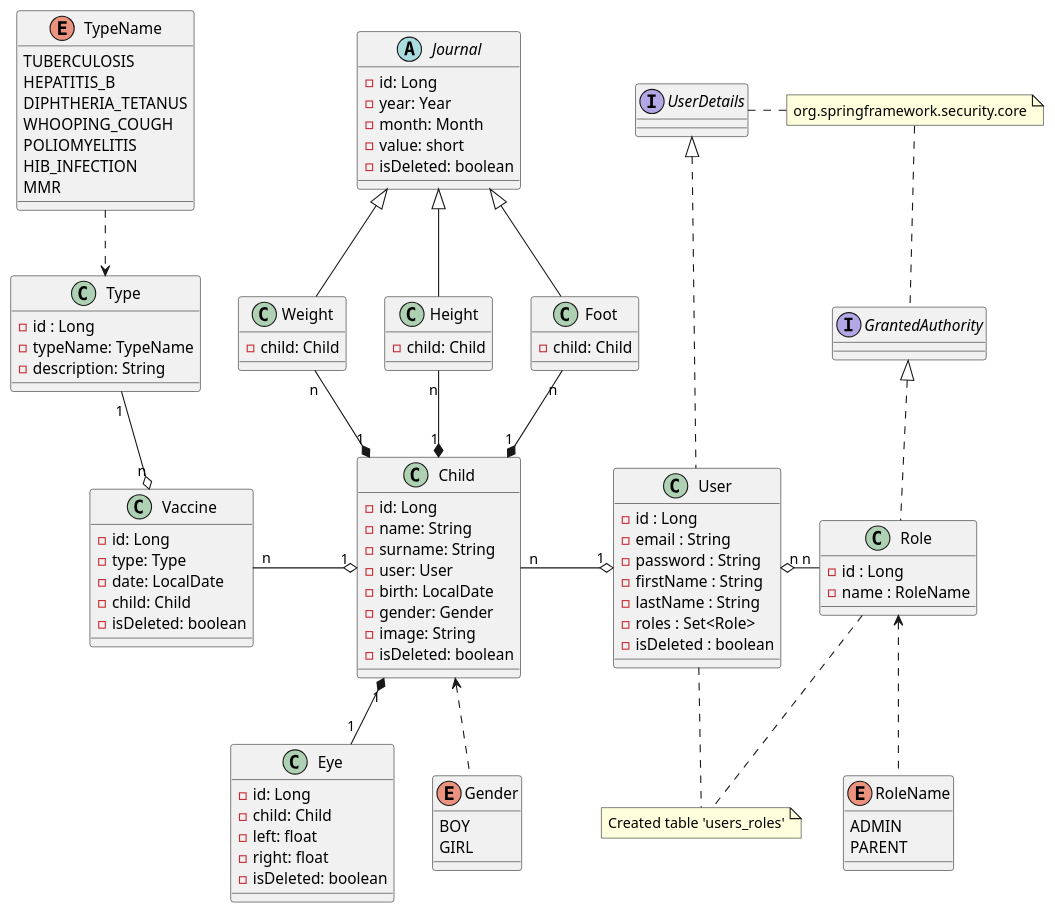
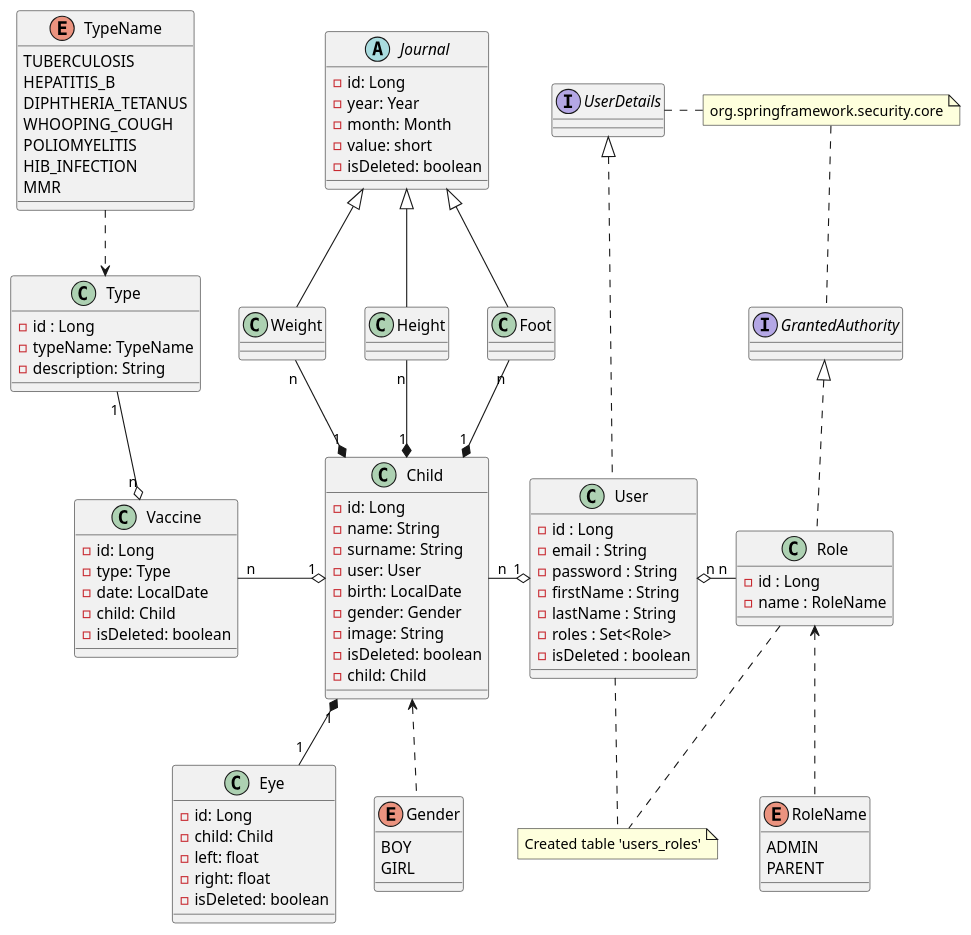
Before and after one commit to fe-july-91/ChildVaccinationDiary: the diagram in modelUML.puml, drawn with PlantUML. The commit also changed 26 other files, not shown here.

```diff
--- a/modelUML.puml
+++ b/modelUML.puml
@@ -1,121 +1,119 @@
 @startuml
 'https://plantuml.com/class-diagram
 
 interface UserDetails
 interface GrantedAuthority
 
 class User {
 - id : Long
 - email : String
 - password : String
 - firstName : String
 - lastName : String
 - roles : Set<Role>
 - isDeleted : boolean
 }
 
 class Role {
 - id : Long
 - name : RoleName
 }
 
 enum RoleName {
 ADMIN
 PARENT
 }
 
 class Child {
 - id: Long
 - name: String
 - surname: String
 - user: User
 - birth: LocalDate
 - gender: Gender
 - image: String
 - isDeleted: boolean
+- child: Child
 }
 
 class Eye {
 - id: Long
 - child: Child
 - left: float
 - right: float
 - isDeleted: boolean
 }
 
 enum Gender {
 BOY
 GIRL
 }
 
 abstract class Journal {
 - id: Long
 - year: Year
 - month: Month
 - value: short
 - isDeleted: boolean
 }
 
 class Weight {
-- child: Child
 }
 
 class Height {
-- child: Child
 }
 
 class Foot {
-- child: Child
 }
 
 class Type {
 - id : Long
 - typeName: TypeName
 - description: String
 }
 
 enum TypeName {
 TUBERCULOSIS
 HEPATITIS_B
 DIPHTHERIA_TETANUS
 WHOOPING_COUGH
 POLIOMYELITIS
 HIB_INFECTION
 MMR
 }
 
 class Vaccine {
 - id: Long
 - type: Type
 - date: LocalDate
 - child: Child
 - isDeleted: boolean
 }
 
 Journal <|-- Weight
 Journal <|-- Height
 Journal <|-- Foot
 Weight "n" --* "1" Child
 Height "n" --* "1" Child
 Foot "n" --* "1" Child
 Type "1" --o "n" Vaccine
 Vaccine "n" -o "1" Child
 Child "1" *-- "1" Eye
 Child "n" -o "1" User
 User "n" o- "n" Role
 UserDetails <|.. User
 GrantedAuthority <|.. Role
 
 note "org.springframework.security.core" as MyNote
 MyNote .. GrantedAuthority
 UserDetails . MyNote
 
 note "Created table 'users_roles'" as MyNote2
 User .. MyNote2
 Role .. MyNote2
 
 Role <.. RoleName
 TypeName ..>Type
 Child <..Gender
 
 @enduml
```
